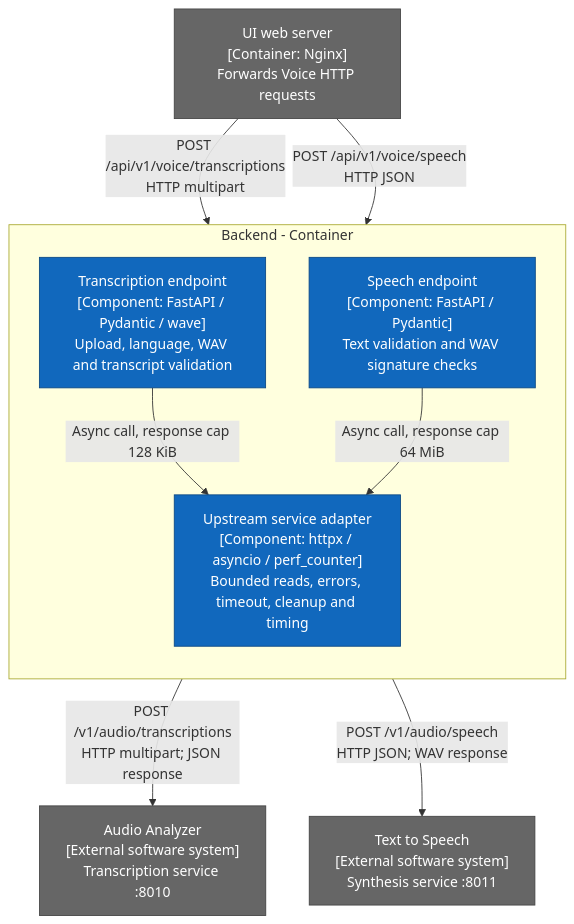
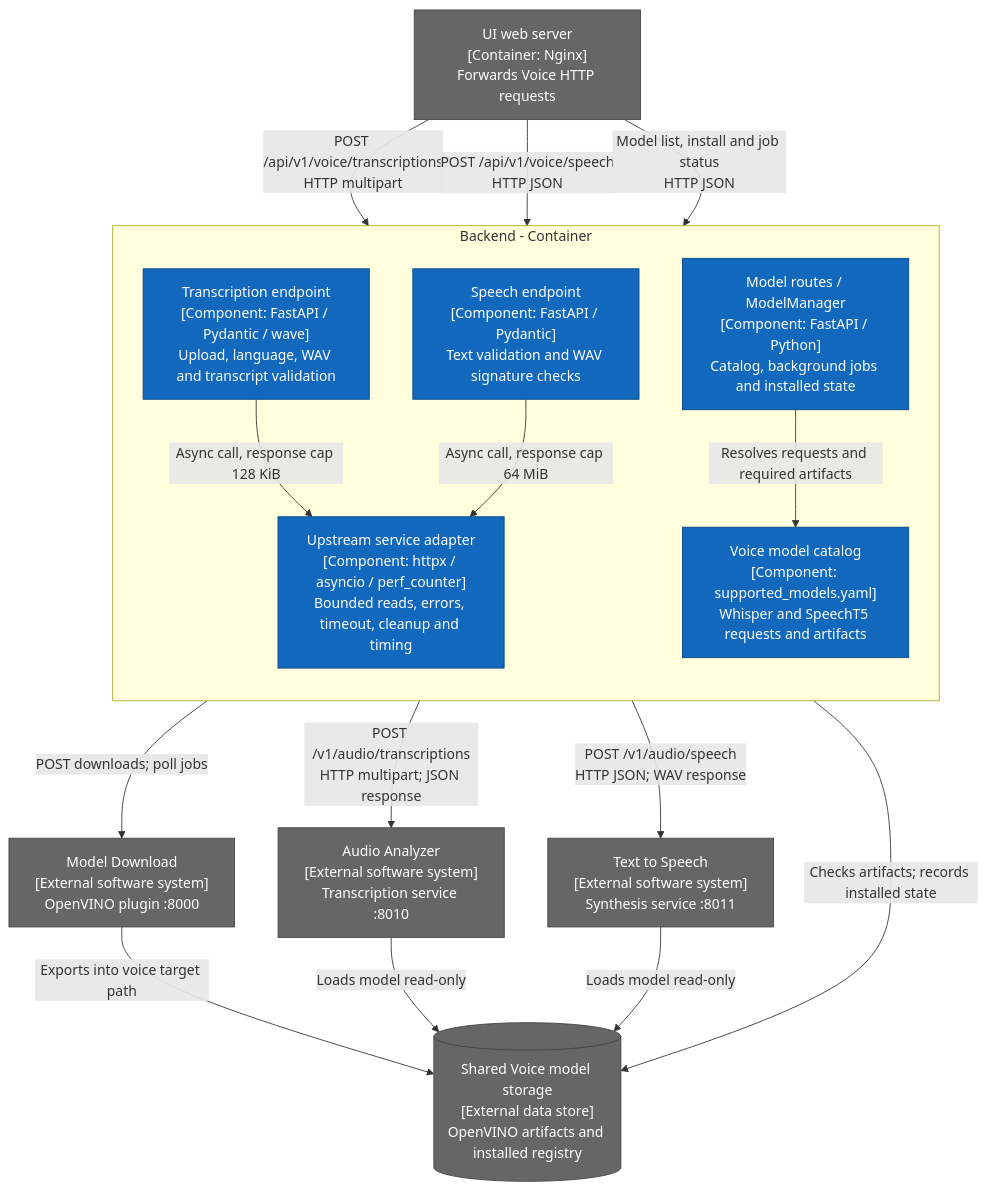
The fourth of 9 diagrams in tools/visual-pipeline-and-platform-evaluation-tool/docs/user-guide/developer-guide/voice-architecture.md (open-edge-platform/edge-ai-libraries), drawn with Mermaid before and after one commit. The commit also changed other lines of this file and 6 other files, not shown here.

````diff
--- a/tools/visual-pipeline-and-platform-evaluation-tool/docs/user-guide/developer-guide/voice-architecture.md
+++ b/tools/visual-pipeline-and-platform-evaluation-tool/docs/user-guide/developer-guide/voice-architecture.md
@@ -140,20 +158,31 @@
 ```mermaid
 flowchart TB
   web["UI web server<br/>[Container: Nginx]<br/>Forwards Voice HTTP requests"]:::external
   subgraph api[Backend - Container]
     direction TB
     stt["Transcription endpoint<br/>[Component: FastAPI / Pydantic / wave]<br/>Upload, language, WAV and transcript validation"]:::internal
     speech["Speech endpoint<br/>[Component: FastAPI / Pydantic]<br/>Text validation and WAV signature checks"]:::internal
     adapter["Upstream service adapter<br/>[Component: httpx / asyncio / perf_counter]<br/>Bounded reads, errors, timeout, cleanup and timing"]:::internal
+    modelapi["Model routes / ModelManager<br/>[Component: FastAPI / Python]<br/>Catalog, background jobs and installed state"]:::internal
+    catalog["Voice model catalog<br/>[Component: supported_models.yaml]<br/>Whisper and SpeechT5 requests and artifacts"]:::internal
     stt -->|Async call, response cap 128 KiB| adapter
     speech -->|Async call, response cap 64 MiB| adapter
+    modelapi -->|Resolves requests and required artifacts| catalog
   end
   asr["Audio Analyzer<br/>[External software system]<br/>Transcription service :8010"]:::external
   tts["Text to Speech<br/>[External software system]<br/>Synthesis service :8011"]:::external
+  downloader["Model Download<br/>[External software system]<br/>OpenVINO plugin :8000"]:::external
+  modelstore[("Shared Voice model storage<br/>[External data store]<br/>OpenVINO artifacts and installed registry")]:::external
   web -->|"POST /api/v1/voice/transcriptions<br/>HTTP multipart"| stt
   web -->|"POST /api/v1/voice/speech<br/>HTTP JSON"| speech
+  web -->|"Model list, install and job status<br/>HTTP JSON"| modelapi
   adapter -->|"POST /v1/audio/transcriptions<br/>HTTP multipart; JSON response"| asr
   adapter -->|"POST /v1/audio/speech<br/>HTTP JSON; WAV response"| tts
+  modelapi -->|"POST downloads; poll jobs"| downloader
+  modelapi -->|"Checks artifacts; records installed state"| modelstore
+  downloader -->|"Exports into voice target path"| modelstore
+  asr -->|"Loads model read-only"| modelstore
+  tts -->|"Loads model read-only"| modelstore
   classDef internal fill:#1168bd,color:#fff,stroke:#0b4884
   classDef external fill:#666,color:#fff,stroke:#444
 ```
````
